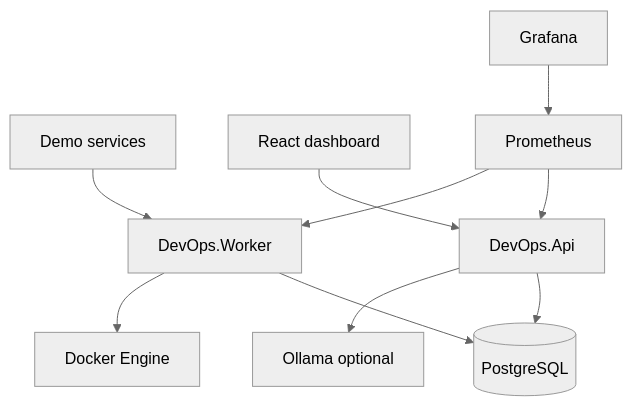
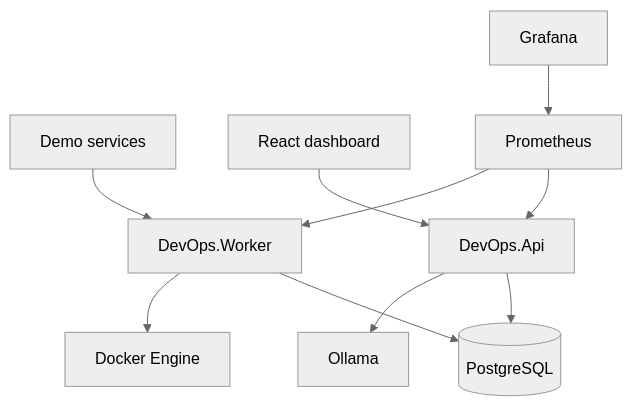
Before and after one commit to PMooney03/AIDevOpsPlatform: the diagram in docs/ARCHITECTURE.md, drawn with Mermaid (neutral theme). The commit also changed other lines of this file and 14 other files, not shown here.

````diff
--- a/docs/ARCHITECTURE.md
+++ b/docs/ARCHITECTURE.md
@@ -5,12 +5,12 @@
 ```mermaid
 flowchart TD
   apps[Demo services] --> worker[DevOps.Worker]
   worker --> pg[(PostgreSQL)]
   worker --> docker[Docker Engine]
   api[DevOps.Api] --> pg
-  api --> ollama[Ollama optional]
+  api --> ollama[Ollama]
   dash[React dashboard] --> api
   prom[Prometheus] --> api
   prom --> worker
   graf[Grafana] --> prom
 ```
````
